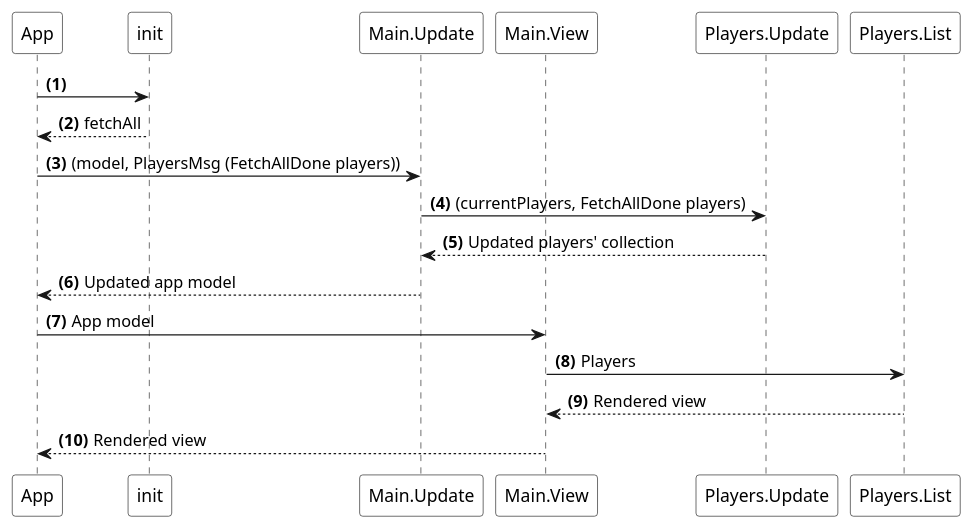
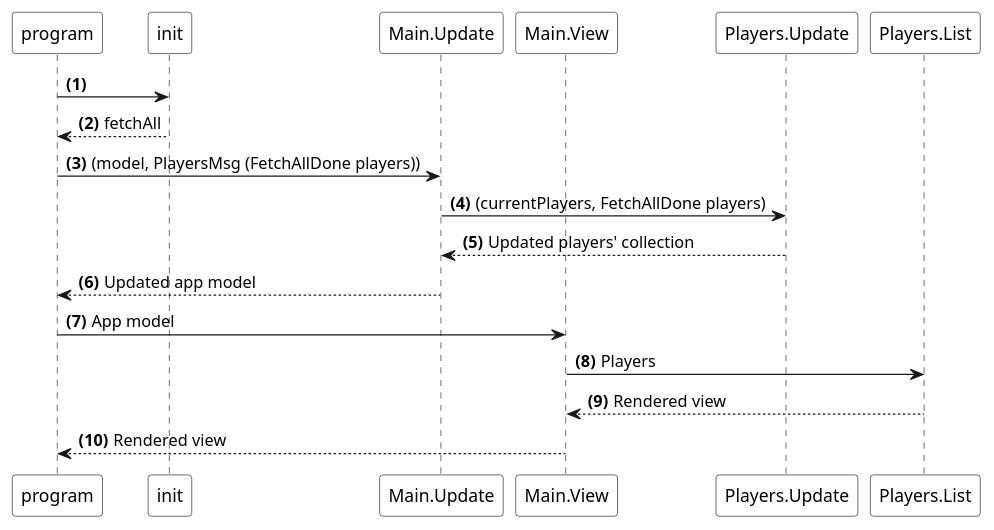
Before and after one commit to sporto/elm-tutorial: the diagram in en/06-fetching-resources/01-plan.pu, drawn with PlantUML. The commit also changed 6 other files, not shown here.

```diff
--- a/en/06-fetching-resources/01-plan.pu
+++ b/en/06-fetching-resources/01-plan.pu
@@ -1,22 +1,22 @@
 @startuml
 
 autonumber "<b>(#)"
 
-participant App #white
+participant program #white
 participant init #white
 participant Main.Update as MU #white
 participant Main.View as MV #white
 participant Players.Update as PU #white
 participant Players.List as PL #white
 
-App -> init
-init --> App : fetchAll
-App -> MU : (model, PlayersMsg (FetchAllDone players))
+program -> init
+init --> program : fetchAll
+program -> MU : (model, PlayersMsg (FetchAllDone players))
 MU -> PU : (currentPlayers, FetchAllDone players)
 PU --> MU : Updated players' collection
-MU --> App : Updated app model
-App -> MV : App model
+MU --> program : Updated app model
+program -> MV : App model
 MV -> PL : Players
 PL --> MV :Rendered view
-MV --> App : Rendered view
+MV --> program : Rendered view
 @enduml
```
